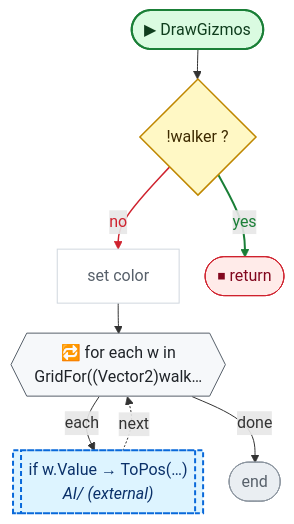
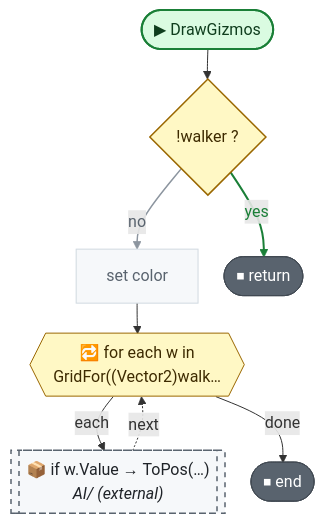
One commit to nataiai/Lord-of-the-Dungeon changed diagram 13 of 14 in CodeGraph~/graph/AI/PathFinding.cs.md. Above: the diagram before and after it, drawn with Mermaid. The commit also changed other lines of this file and 57 other files, not shown here.

````diff
--- a/CodeGraph~/graph/AI/PathFinding.cs.md
+++ b/CodeGraph~/graph/AI/PathFinding.cs.md
@@ -803,47 +805,47 @@
 ```mermaid
 ---
 config:
   flowchart:
     wrappingWidth: 260
     nodeSpacing: 26
     rankSpacing: 30
 ---
 flowchart TD
   nS(["▶ DrawGizmos"])
   n10049c{"!walker ?"}
   nb476f3["set color"]
   ne9bfda{{"🔁 for each w in<br>GridFor((Vector2)walk…"}}
-  nbc8e7f[["if w.Value → ToPos(…)<br><i>AI/ (external)</i>"]]
-  nE(["end"])
+  nbc8e7f[["📦 if w.Value → ToPos(…)<br><i>AI/ (external)</i>"]]
+  nE(["⏹ end"])
   nb2e4fc(["⏹ return"])
   nS --> n10049c
   n10049c -->|no| nb476f3
   n10049c -->|yes| nb2e4fc
   nb476f3 --> ne9bfda
   ne9bfda -->|each| nbc8e7f
   nbc8e7f -.->|next| ne9bfda
   ne9bfda -->|done| nE
-  linkStyle 1 stroke:#cf222e,stroke-width:1.5px,color:#cf222e
+  linkStyle 1 stroke:#8c959f,stroke-width:1.5px,color:#59636e
   linkStyle 2 stroke:#1a7f37,stroke-width:2px,color:#1a7f37
   classDef unity fill:#dafbe1,stroke:#1a7f37,stroke-width:2px,color:#0f3d1d
   classDef start fill:#dafbe1,stroke:#1a7f37,stroke-width:2px,color:#0f3d1d
-  classDef calc fill:#ffffff,stroke:#d0d7de,color:#57606a
+  classDef calc fill:#f6f8fa,stroke:#d1d9e0,color:#59636e
   classDef calls fill:#ddf4ff,stroke:#0969da,stroke-width:2px,color:#0a3069
-  classDef ext fill:#ddf4ff,stroke:#0969da,stroke-width:2px,stroke-dasharray:5 3,color:#0a3069
-  classDef cond fill:#fff8c5,stroke:#bf8700,stroke-width:1.5px,color:#3d2a00
-  classDef loop fill:#f6f8fa,stroke:#57606a,color:#1f2328
-  classDef exit fill:#ffebe9,stroke:#cf222e,color:#82071e
+  classDef ext fill:#f6f8fa,stroke:#59636e,stroke-width:1.5px,stroke-dasharray:5 5,color:#1f2328
+  classDef cond fill:#fff8c5,stroke:#9a6700,stroke-width:1.5px,color:#3d2a00
+  classDef loop fill:#fff8c5,stroke:#9a6700,color:#3d2a00
+  classDef wait fill:#fff8c5,stroke:#9a6700,color:#3d2a00
+  classDef exit fill:#59636e,stroke:#424a53,color:#ffffff
+  classDef fin fill:#59636e,stroke:#424a53,color:#ffffff
+  classDef act fill:#ffffff,stroke:#59636e,stroke-width:1.5px,color:#1f2328
   classDef kill fill:#ffebe9,stroke:#cf222e,stroke-width:2px,color:#82071e
-  classDef spawn fill:#dafbe1,stroke:#1a7f37,stroke-width:2px,color:#0f3d1d
-  classDef wait fill:#fff1e5,stroke:#bc4c00,color:#4d1d00
-  classDef fin fill:#eaeef2,stroke:#8c959f,color:#57606a
   classDef join fill:#d0d7de,stroke:#8c959f,color:#57606a
   classDef ghdr fill:#f5f9ff,stroke:#f5f9ff,color:#0a3069,font-weight:bold
   class nb476f3 calc
   class n10049c cond
   class nb2e4fc exit
   class nbc8e7f ext
   class nE fin
   class ne9bfda loop
   class nS start
 ```
````
